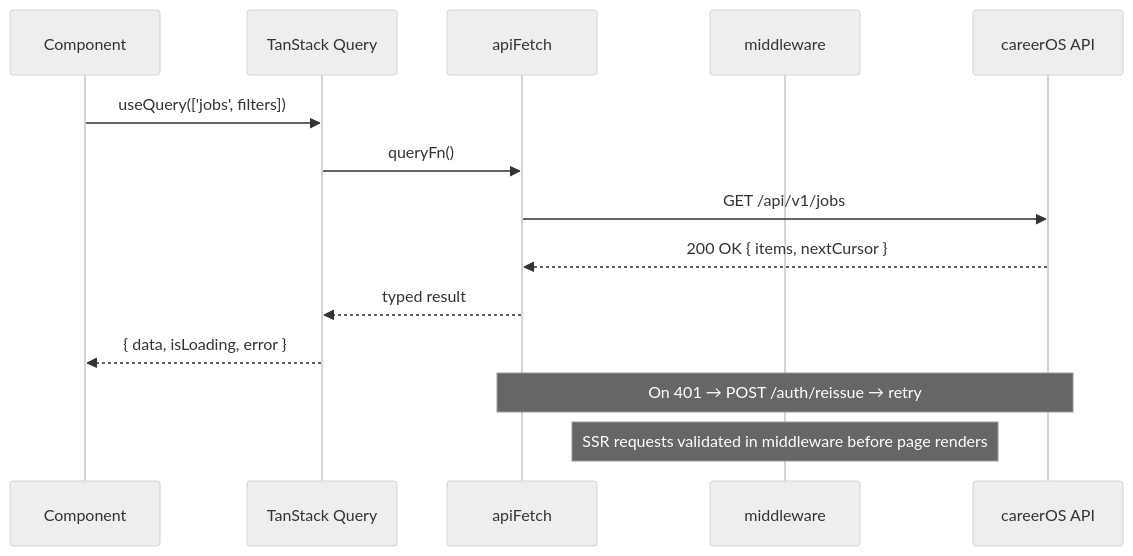
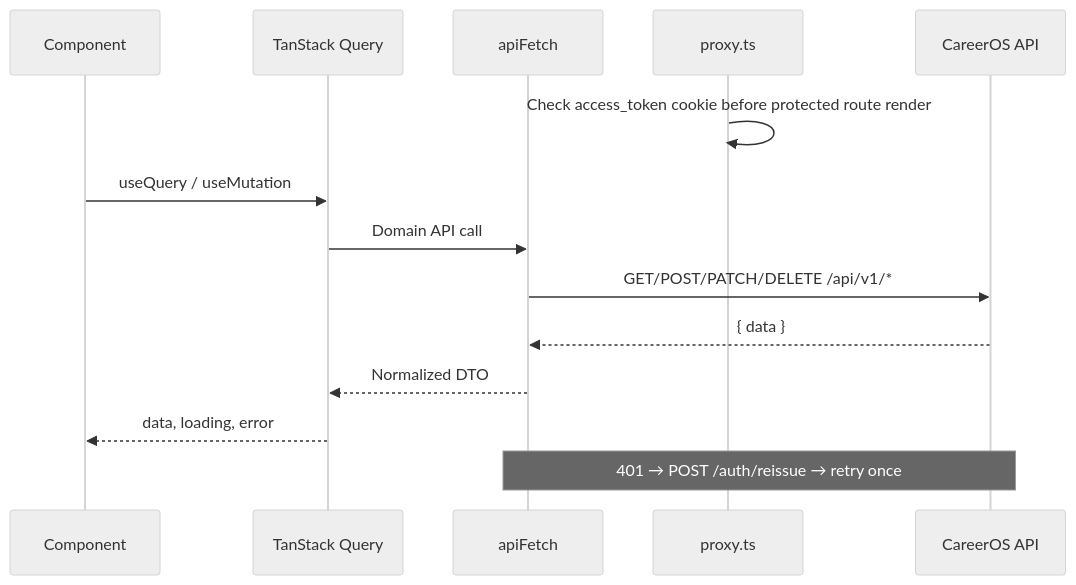
The diagram in wiki/architecture.md (leebeanbin/careeros-web), drawn with Mermaid (neutral theme) before and after one commit. The commit also changed other lines of this file and 16 other files, not shown here.

Commit message:
docs: align design system and architecture guides

````diff
--- a/wiki/architecture.md
+++ b/wiki/architecture.md
@@ -23,18 +20,17 @@
 ```mermaid
 sequenceDiagram
   participant C as Component
   participant Q as TanStack Query
   participant F as apiFetch
-  participant M as middleware
-  participant B as careerOS API
+  participant P as proxy.ts
+  participant B as CareerOS API
 
-  C->>Q: useQuery(['jobs', filters])
-  Q->>F: queryFn()
-  F->>B: GET /api/v1/jobs
-  B-->>F: 200 OK { items, nextCursor }
-  F-->>Q: typed result
-  Q-->>C: { data, isLoading, error }
-
-  note over F,B: On 401 → POST /auth/reissue → retry
-  note over M: SSR requests validated in middleware before page renders
+  P->>P: Check access_token cookie before protected route render
+  C->>Q: useQuery / useMutation
+  Q->>F: Domain API call
+  F->>B: GET/POST/PATCH/DELETE /api/v1/*
+  B-->>F: { data }
+  F-->>Q: Normalized DTO
+  Q-->>C: data, loading, error
+  note over F,B: 401 → POST /auth/reissue → retry once
 ```
````
